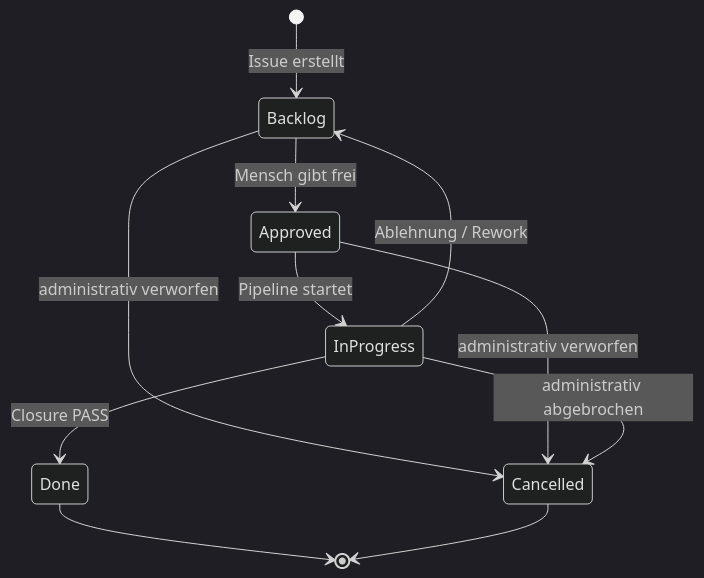
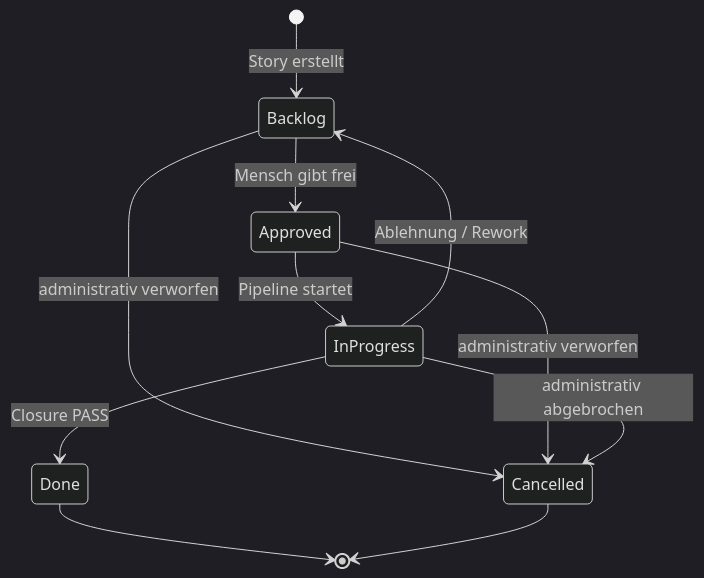
Before and after one commit to saltenhof/claude-agentkit3: the first of 5 diagrams in concept/technical-design/02_domaenenmodell_zustaende_artefakte.md, drawn with Mermaid (dark theme). The commit also changed other lines of this file and 33 other files, not shown here.

````diff
--- a/concept/technical-design/02_domaenenmodell_zustaende_artefakte.md
+++ b/concept/technical-design/02_domaenenmodell_zustaende_artefakte.md
@@ -62,13 +62,13 @@
 ```mermaid
 stateDiagram-v2
-    [*] --> Backlog : Issue erstellt
+    [*] --> Backlog : Story erstellt
     Backlog --> Approved : Mensch gibt frei
     Backlog --> Cancelled : administrativ verworfen
     Approved --> InProgress : Pipeline startet
     Approved --> Cancelled : administrativ verworfen
     InProgress --> Done : Closure PASS
     InProgress --> Cancelled : administrativ abgebrochen
     InProgress --> Backlog : Ablehnung / Rework
     Done --> [*]
     Cancelled --> [*]
 ```
````
